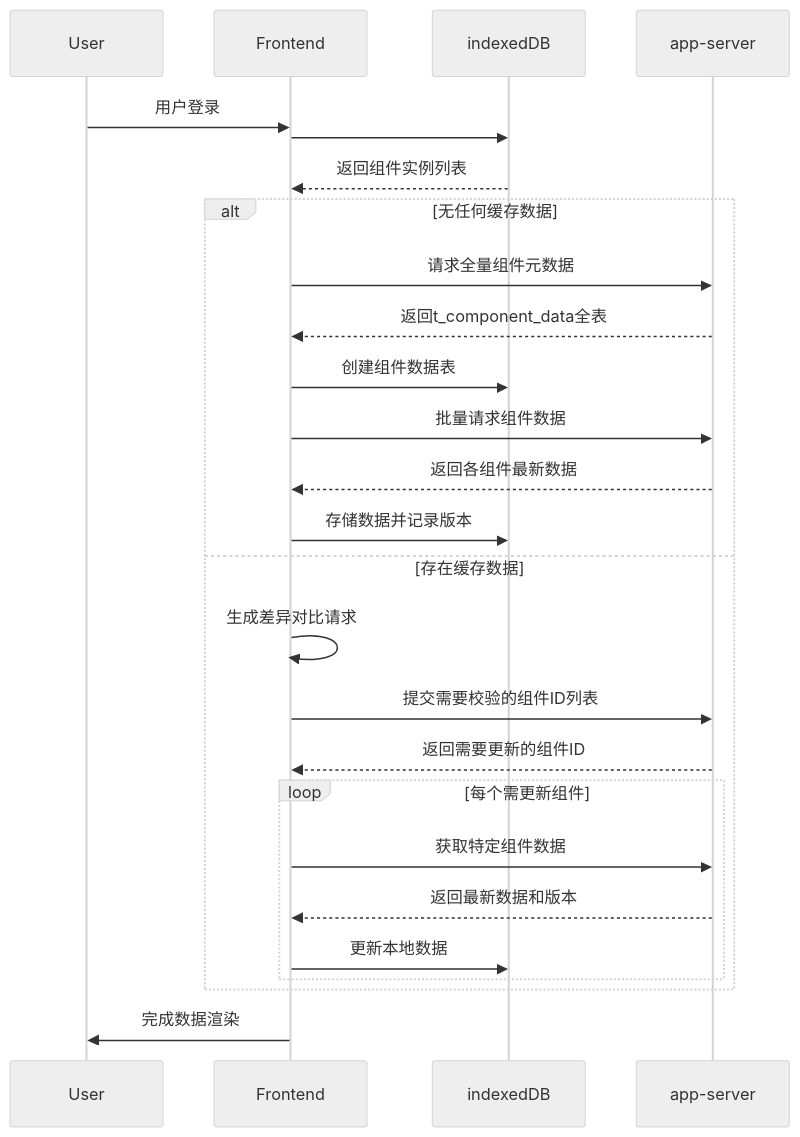
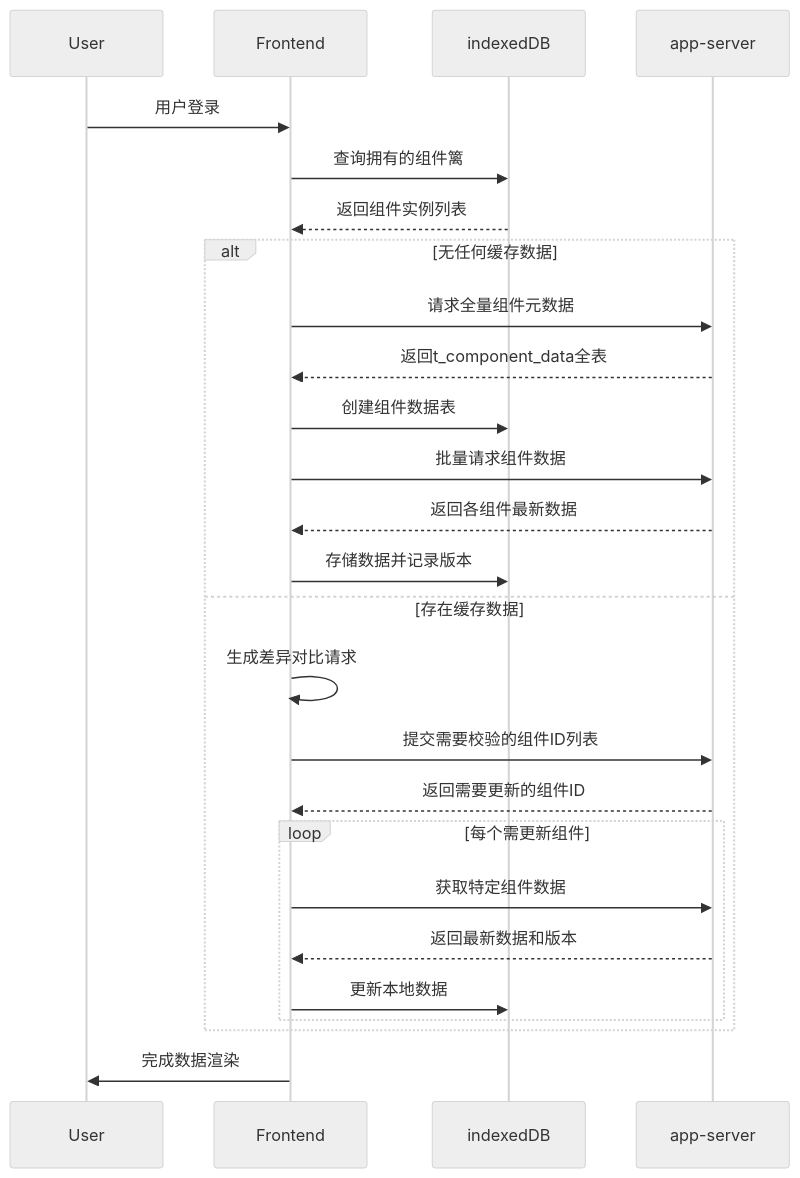
One commit to yingjianzh/iodraw-files changed the diagram in all/未命名-24.md. Above: the diagram before and after it, drawn with Mermaid (neutral theme).

Commit message:
2025-02-24 17:06:40 update

````diff
--- a/all/未命名-24.md
+++ b/all/未命名-24.md
@@ -1,30 +1,30 @@
 ```mermaid
 sequenceDiagram
     participant User
     participant Frontend
     participant indexedDB
     participant app-server
 
     User->>Frontend: 用户登录
-    Frontend->>indexedDB: 
+    Frontend->>indexedDB: 查询拥有的组件篱
     indexedDB-->>Frontend: 返回组件实例列表
     
     alt 无任何缓存数据
         Frontend->>app-server: 请求全量组件元数据
         app-server-->>Frontend: 返回t_component_data全表
         Frontend->>indexedDB: 创建组件数据表
         Frontend->>app-server: 批量请求组件数据
         app-server-->>Frontend: 返回各组件最新数据
         Frontend->>indexedDB: 存储数据并记录版本
     else 存在缓存数据
         Frontend->>Frontend: 生成差异对比请求
         Frontend->>app-server: 提交需要校验的组件ID列表
         app-server-->>Frontend: 返回需要更新的组件ID
         loop 每个需更新组件
             Frontend->>app-server: 获取特定组件数据
             app-server-->>Frontend: 返回最新数据和版本
             Frontend->>indexedDB: 更新本地数据
         end
     end
     Frontend->>User: 完成数据渲染
 ```
````
